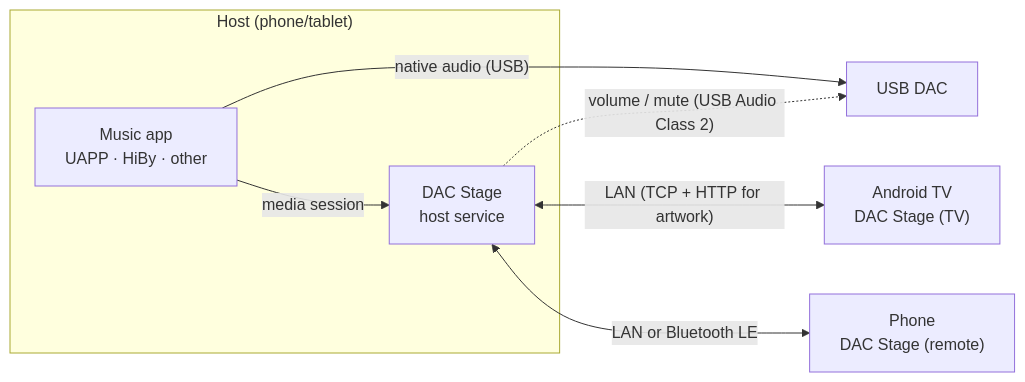
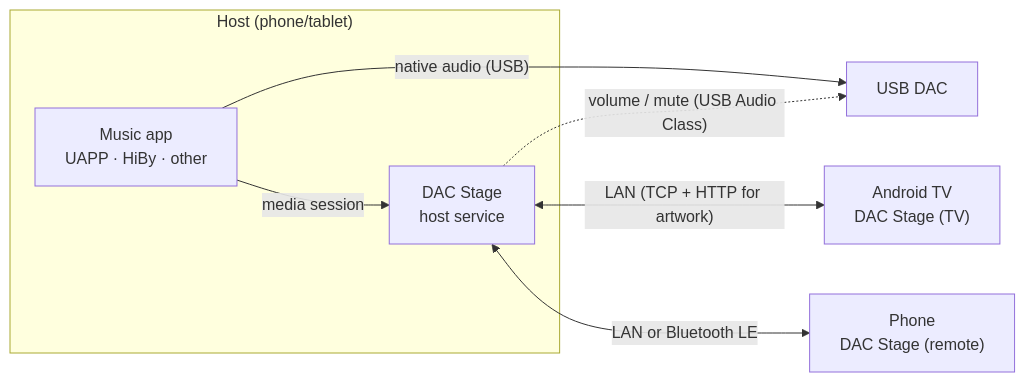
Before and after one commit to dorregor/dacstage-android-dac-streamer: the diagram in README.md, drawn with Mermaid. The commit also changed other lines of this file and 1 other file, not shown here.

````diff
--- a/README.md
+++ b/README.md
@@ -51,16 +52,16 @@
 ```mermaid
 flowchart LR
     subgraph Host["Host (phone/tablet)"]
         P["Music app<br/>UAPP · HiBy · other"]
         D["DAC Stage<br/>host service"]
     end
     DAC["USB DAC"]
     TV["Android TV<br/>DAC Stage (TV)"]
     R["Phone<br/>DAC Stage (remote)"]
 
     P -- "native audio (USB)" --> DAC
-    D -. "volume / mute (USB Audio Class 2)" .-> DAC
+    D -. "volume / mute (USB Audio Class)" .-> DAC
     P -- "media session" --> D
     D <-- "LAN (TCP + HTTP for artwork)" --> TV
     D <-- "LAN or Bluetooth LE" --> R
 ```
````
